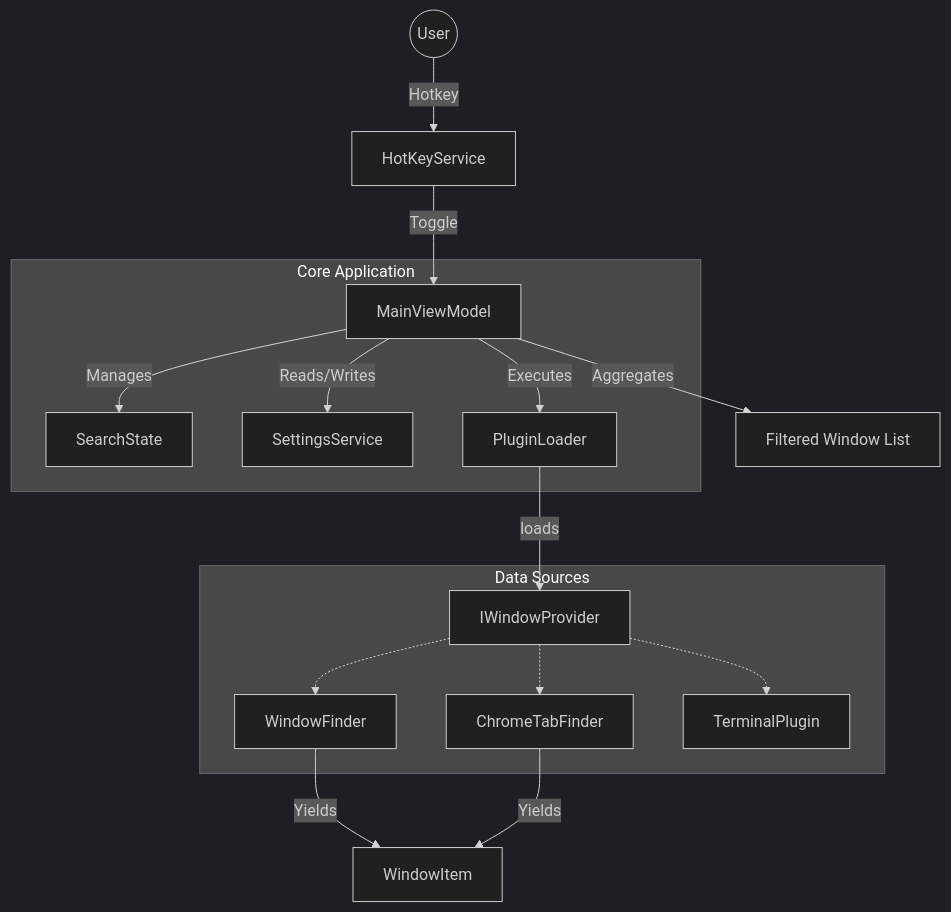
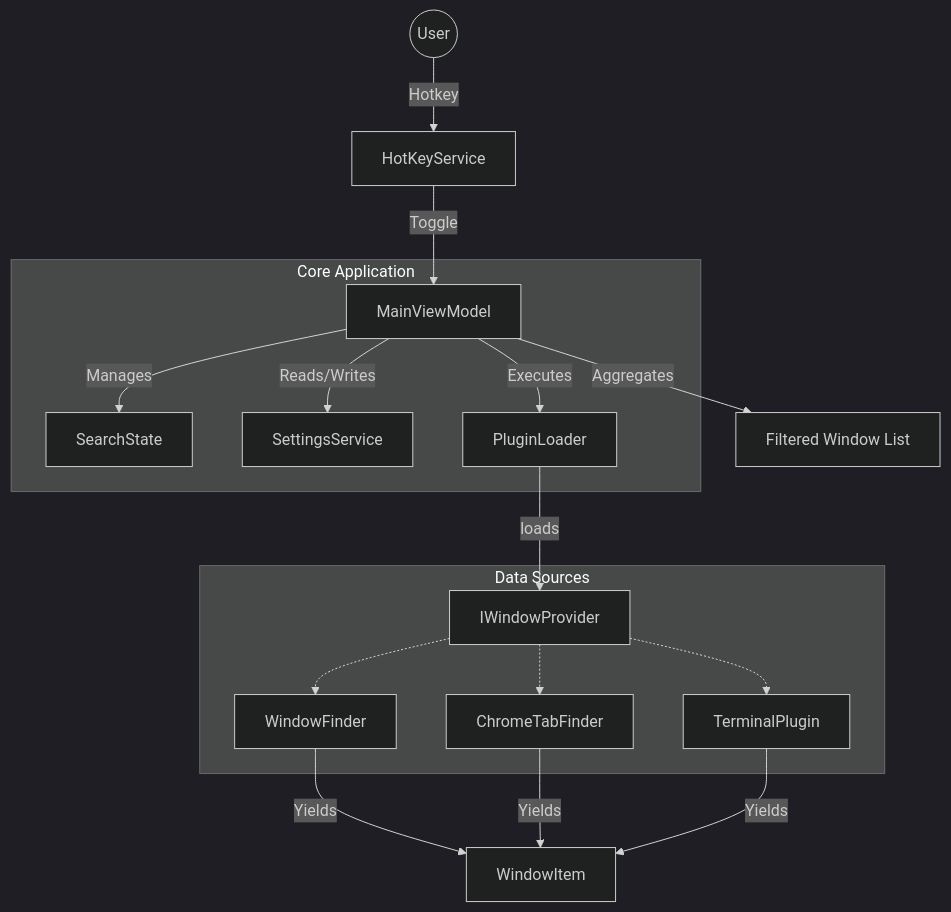
The first of 3 diagrams in README.md (jamesericwong/switchblade), drawn with Mermaid (dark theme) before and after one commit.

Commit message:
Update documentation in README

````diff
--- a/README.md
+++ b/README.md
@@ -24,22 +24,23 @@
 ```mermaid
 graph TD
     User((User)) -->|Hotkey| HotKeyService
     HotKeyService -->|Toggle| MainViewModel
     
     subgraph Core Application
         MainViewModel -->|Manages| SearchState
         MainViewModel -->|Reads/Writes| SettingsService
         MainViewModel -->|Executes| PluginLoader
     end
 
     subgraph Data Sources
         PluginLoader -->| loads | IWindowProvider
         IWindowProvider -.-> WindowFinder
         IWindowProvider -.-> ChromeTabFinder
         IWindowProvider -.-> TerminalPlugin
     end
 
     MainViewModel -->|Aggregates| WindowList[Filtered Window List]
     WindowFinder -->|Yields| WindowItem
     ChromeTabFinder -->|Yields| WindowItem
+    TerminalPlugin -->|Yields| WindowItem
 ```
````
